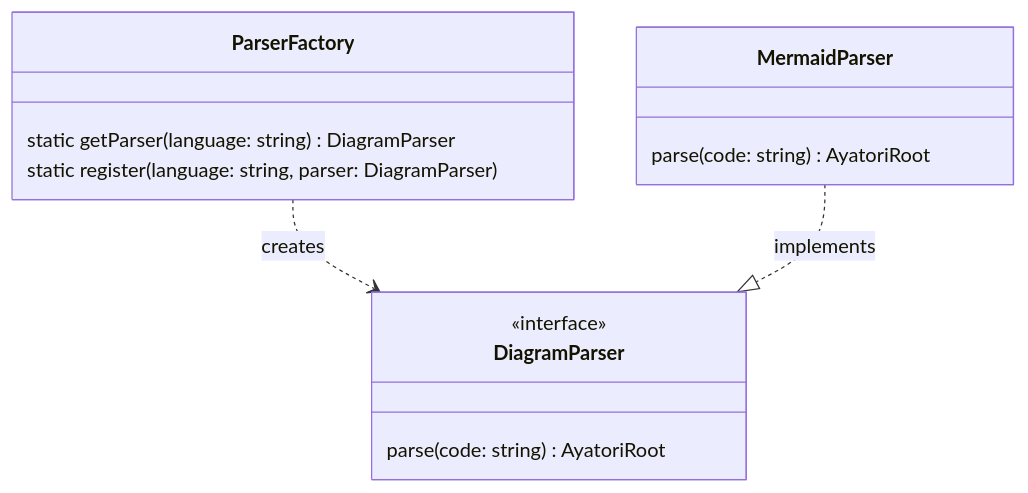
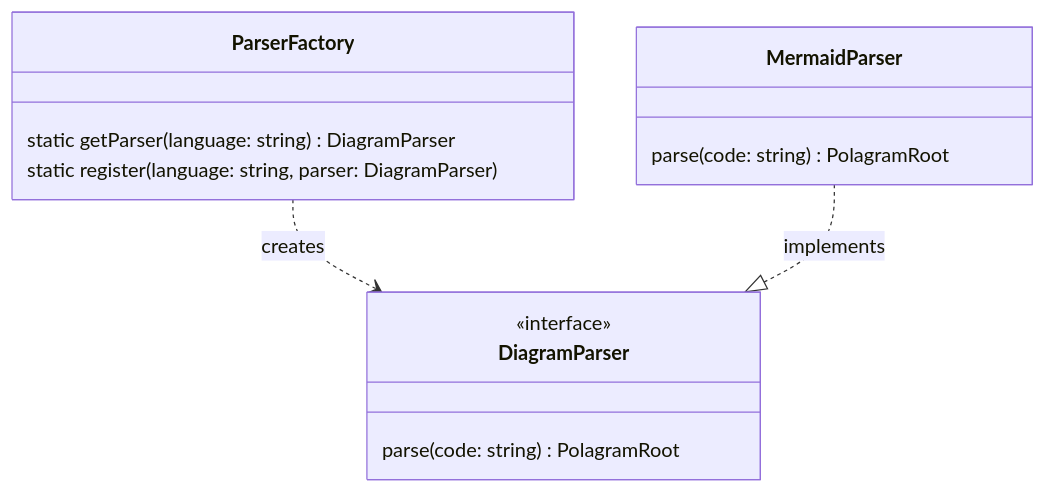
The first of 2 diagrams in packages/core/docs/02-architecture.md (Jun-T-git/polagram), drawn with Mermaid before and after one commit. The commit also changed other lines of this file and 26 other files, not shown here.

Commit message:
refactor: rename project, packages, and core types from Ayatori to Polagram.

````diff
--- a/packages/core/docs/02-architecture.md
+++ b/packages/core/docs/02-architecture.md
@@ -33,19 +33,19 @@
 ```mermaid
 classDiagram
     class ParserFactory {
         static getParser(language: string) DiagramParser
         static register(language: string, parser: DiagramParser)
     }
 
     class DiagramParser {
         <<interface>>
-        parse(code: string) AyatoriRoot
+        parse(code: string) PolagramRoot
     }
 
     class MermaidParser {
-        parse(code: string) AyatoriRoot
+        parse(code: string) PolagramRoot
     }
 
     ParserFactory ..> DiagramParser : creates
     MermaidParser ..|> DiagramParser : implements
 ```
````
